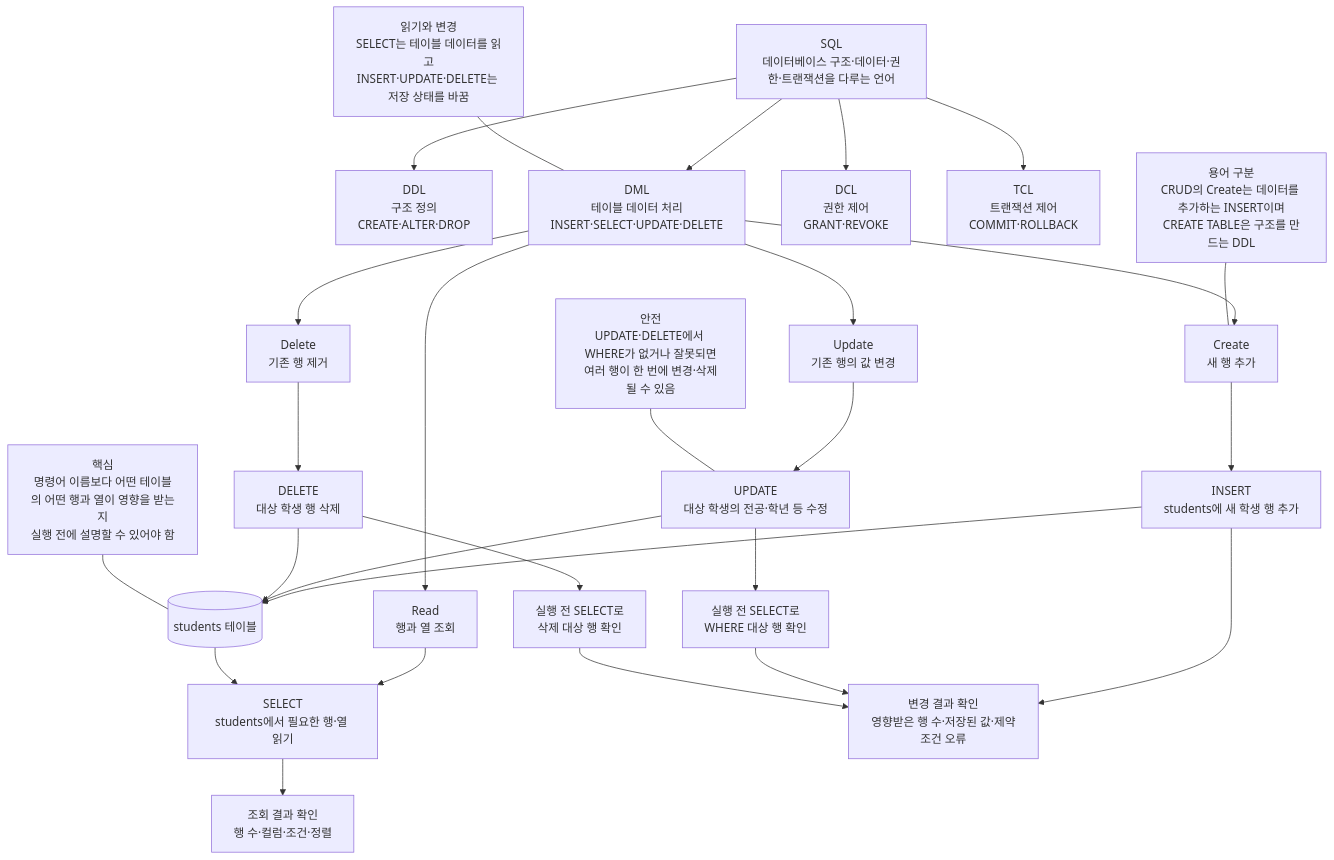
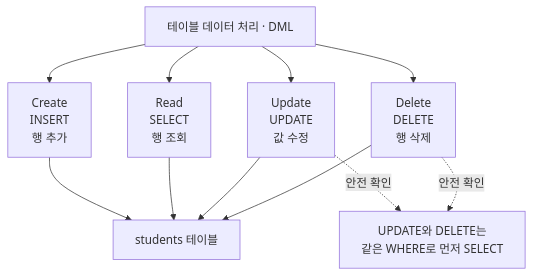
One commit to GilbertMoon/ai-database-book changed the diagram in images/chapter04/ch04_01_sql_crud_overview.mmd. Above: the diagram before and after it, drawn with Mermaid. The commit also changed 70 other files, not shown here.

```diff
--- a/images/chapter04/ch04_01_sql_crud_overview.mmd
+++ b/images/chapter04/ch04_01_sql_crud_overview.mmd
@@ -1,34 +1,14 @@
-flowchart TB
-    A[SQL<br/>데이터베이스 구조·데이터·권한·트랜잭션을 다루는 언어]
-
-    A --> DDL[DDL<br/>구조 정의<br/>CREATE·ALTER·DROP]
-    A --> DML[DML<br/>테이블 데이터 처리<br/>INSERT·SELECT·UPDATE·DELETE]
-    A --> DCL[DCL<br/>권한 제어<br/>GRANT·REVOKE]
-    A --> TCL[TCL<br/>트랜잭션 제어<br/>COMMIT·ROLLBACK]
-
-    DML --> C[Create<br/>새 행 추가]
-    DML --> R[Read<br/>행과 열 조회]
-    DML --> U[Update<br/>기존 행의 값 변경]
-    DML --> D[Delete<br/>기존 행 제거]
-
-    C --> C1[INSERT<br/>students에 새 학생 행 추가]
-    R --> R1[SELECT<br/>students에서 필요한 행·열 읽기]
-    U --> U1[UPDATE<br/>대상 학생의 전공·학년 등 수정]
-    D --> D1[DELETE<br/>대상 학생 행 삭제]
-
-    C1 --> T[(students 테이블)]
-    U1 --> T
-    D1 --> T
-    T --> R1
-
-    C1 --> I1[변경 결과 확인<br/>영향받은 행 수·저장된 값·제약조건 오류]
-    R1 --> I2[조회 결과 확인<br/>행 수·컬럼·조건·정렬]
-    U1 --> S1[실행 전 SELECT로<br/>WHERE 대상 행 확인]
-    D1 --> S2[실행 전 SELECT로<br/>삭제 대상 행 확인]
-    S1 --> I1
-    S2 --> I1
-
-    N1[용어 구분<br/>CRUD의 Create는 데이터를 추가하는 INSERT이며<br/>CREATE TABLE은 구조를 만드는 DDL] --- C
-    N2[읽기와 변경<br/>SELECT는 테이블 데이터를 읽고<br/>INSERT·UPDATE·DELETE는 저장 상태를 바꿈] --- DML
-    N3[안전<br/>UPDATE·DELETE에서 WHERE가 없거나 잘못되면<br/>여러 행이 한 번에 변경·삭제될 수 있음] --- U1
-    N4[핵심<br/>명령어 이름보다 어떤 테이블의 어떤 행과 열이 영향을 받는지<br/>실행 전에 설명할 수 있어야 함] --- T
+flowchart TD
+    A[테이블 데이터 처리 · DML]
+    B[Create<br/>INSERT<br/>행 추가]
+    C[Read<br/>SELECT<br/>행 조회]
+    D[Update<br/>UPDATE<br/>값 수정]
+    E[Delete<br/>DELETE<br/>행 삭제]
+    F[students 테이블]
+    G[UPDATE와 DELETE는<br/>같은 WHERE로 먼저 SELECT]
+    A --> B --> F
+    A --> C --> F
+    A --> D --> F
+    A --> E --> F
+    D -. 안전 확인 .-> G
+    E -. 안전 확인 .-> G
```
